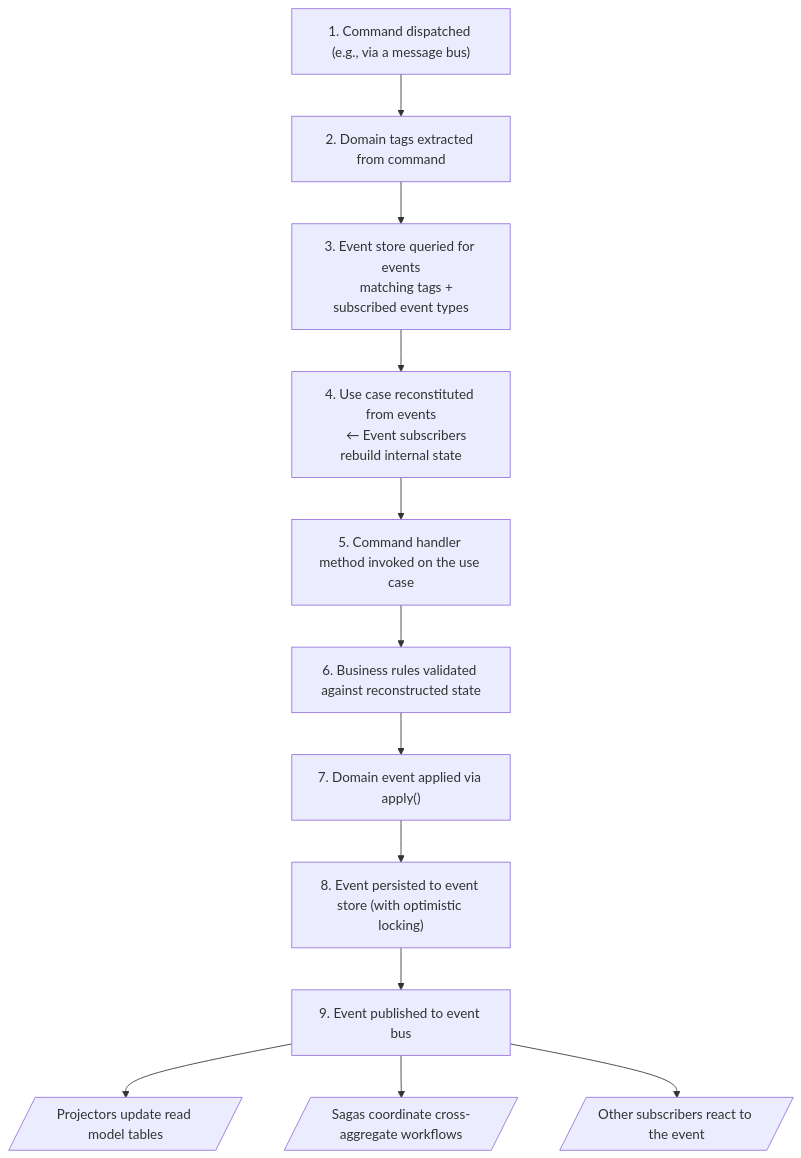
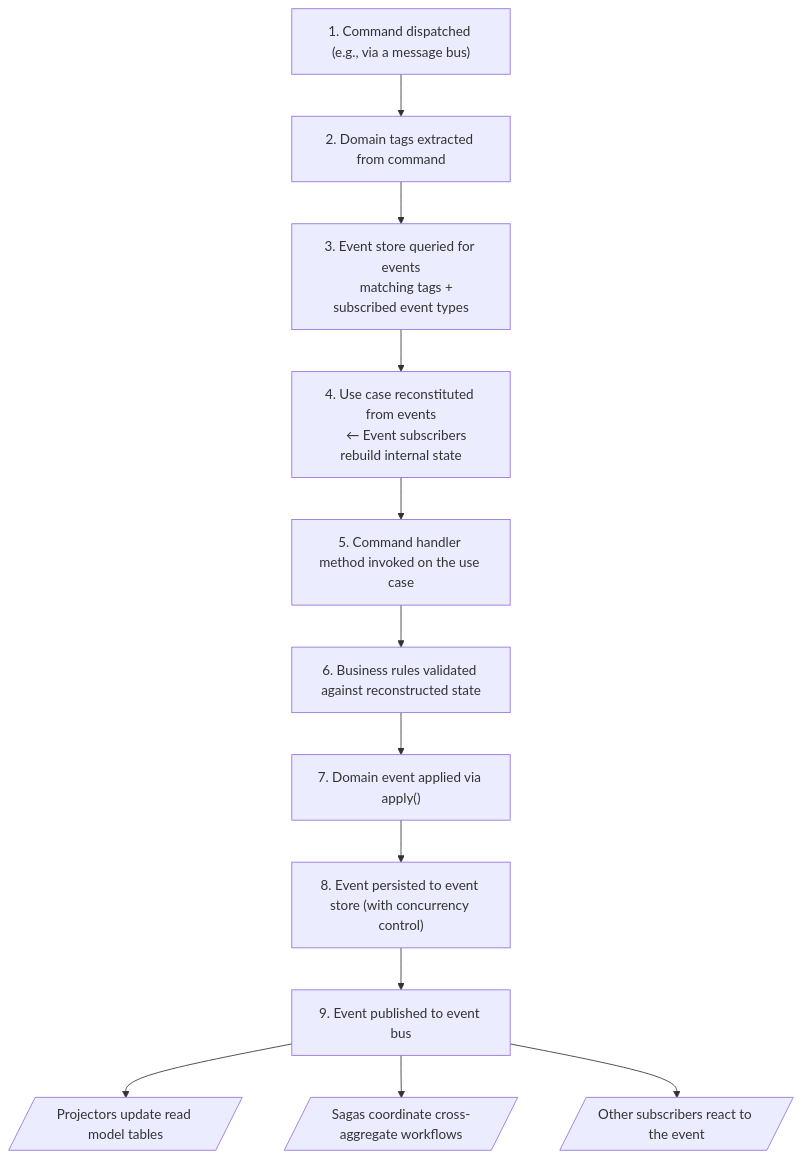
One commit to GemberPHP/event-sourcing changed the first of 2 diagrams in docs/how-it-works.md. Above: the diagram before and after it, drawn with Mermaid. The commit also changed other lines of this file, not shown here.

First line of the commit message:
Update docs to cover full concurrency control mechanism

````diff
--- a/docs/how-it-works.md
+++ b/docs/how-it-works.md
@@ -9,22 +9,22 @@
 ```mermaid
 flowchart TD
     A["1. Command dispatched (e.g., via a message bus)"]
     B["2. Domain tags extracted from command"]
     C["3. Event store queried for events
     matching tags + subscribed event types"]
     D["4. Use case reconstituted from events
     ← Event subscribers rebuild internal state"]
     E["5. Command handler method invoked on the use case"]
     F["6. Business rules validated against reconstructed state"]
     G["7. Domain event applied via apply()"]
-    H["8. Event persisted to event store (with optimistic locking)"]
+    H["8. Event persisted to event store (with concurrency control)"]
     I["9. Event published to event bus"]
     J[/"Projectors update read model tables"/]
     K[/"Sagas coordinate cross-aggregate workflows"/]
     L[/"Other subscribers react to the event"/]
 
     A --> B --> C --> D --> E --> F --> G --> H --> I
     I --> J
     I --> K
     I --> L
 ```
````
